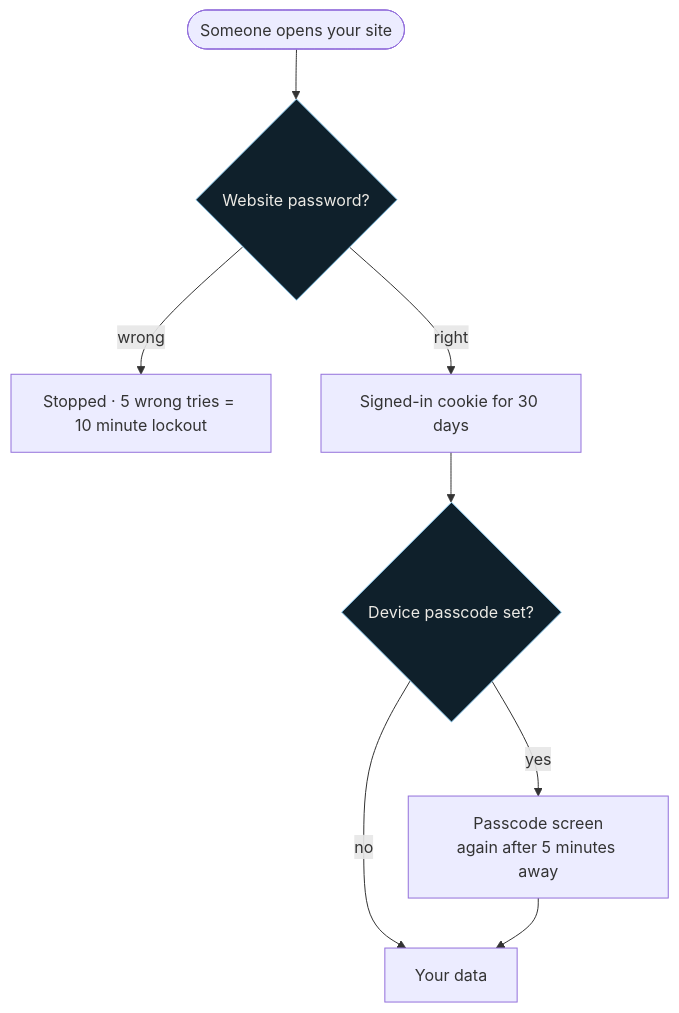
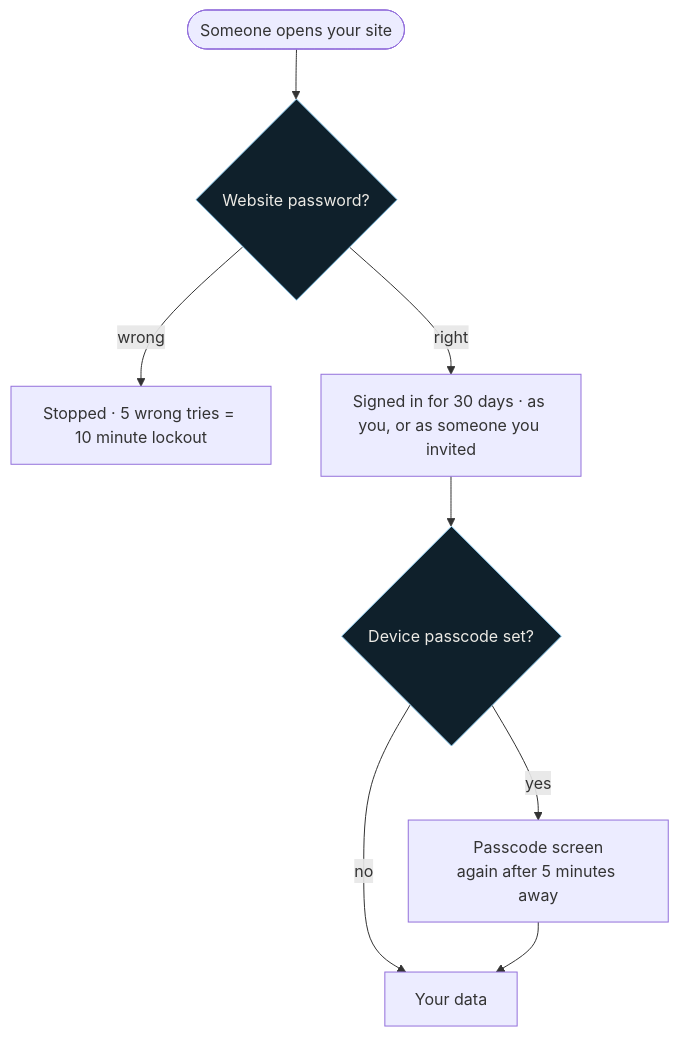
Diagram 13 of 13 in README.md (Happysingh1062003/alexender), drawn with Mermaid before and after one commit. The commit also changed other lines of this file and 49 other files, not shown here.

````diff
--- a/README.md
+++ b/README.md
@@ -390,13 +469,13 @@
 ```mermaid
 flowchart TB
   R([Someone opens your site]) --> P{Website password?}
   P -->|wrong| X[Stopped · 5 wrong tries = 10 minute lockout]
-  P -->|right| C[Signed-in cookie for 30 days]
+  P -->|right| C[Signed in for 30 days · as you, or as someone you invited]
   C --> L{Device passcode set?}
   L -->|yes| K[Passcode screen<br/>again after 5 minutes away]
   L -->|no| A
   K --> A[Your data]
 
   classDef crystal fill:#0f202b,stroke:#8ecdf2,color:#eceae5
   class P,L crystal
 ```
````
